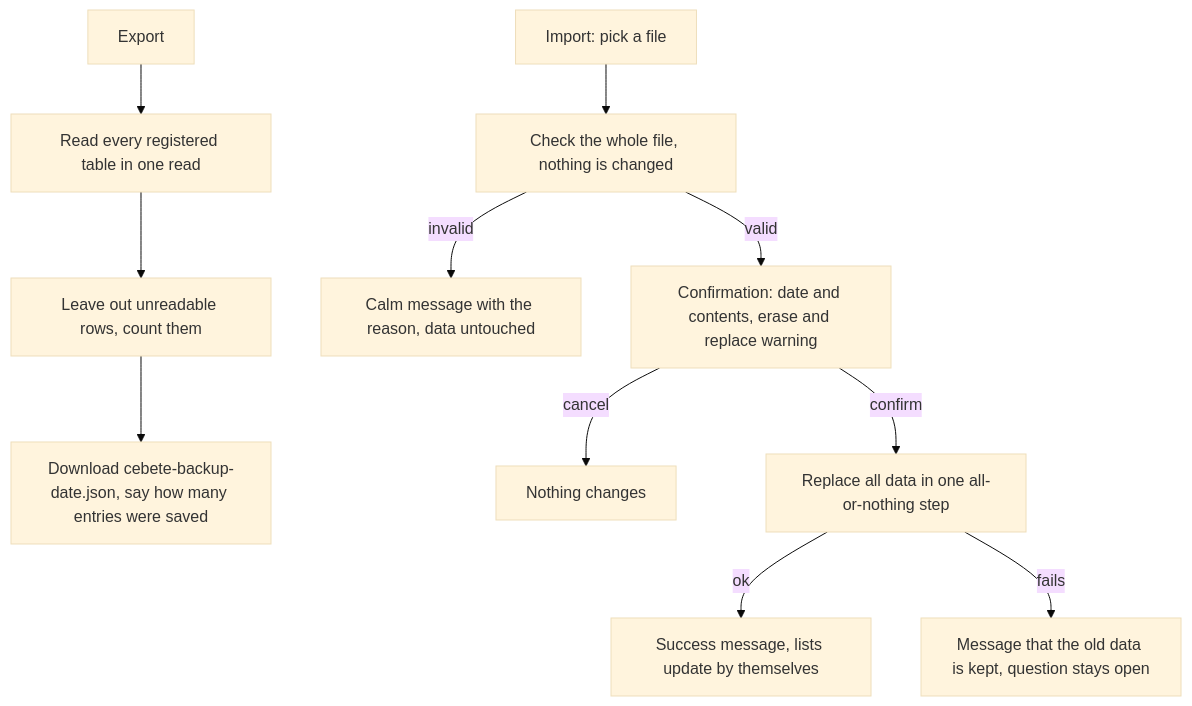
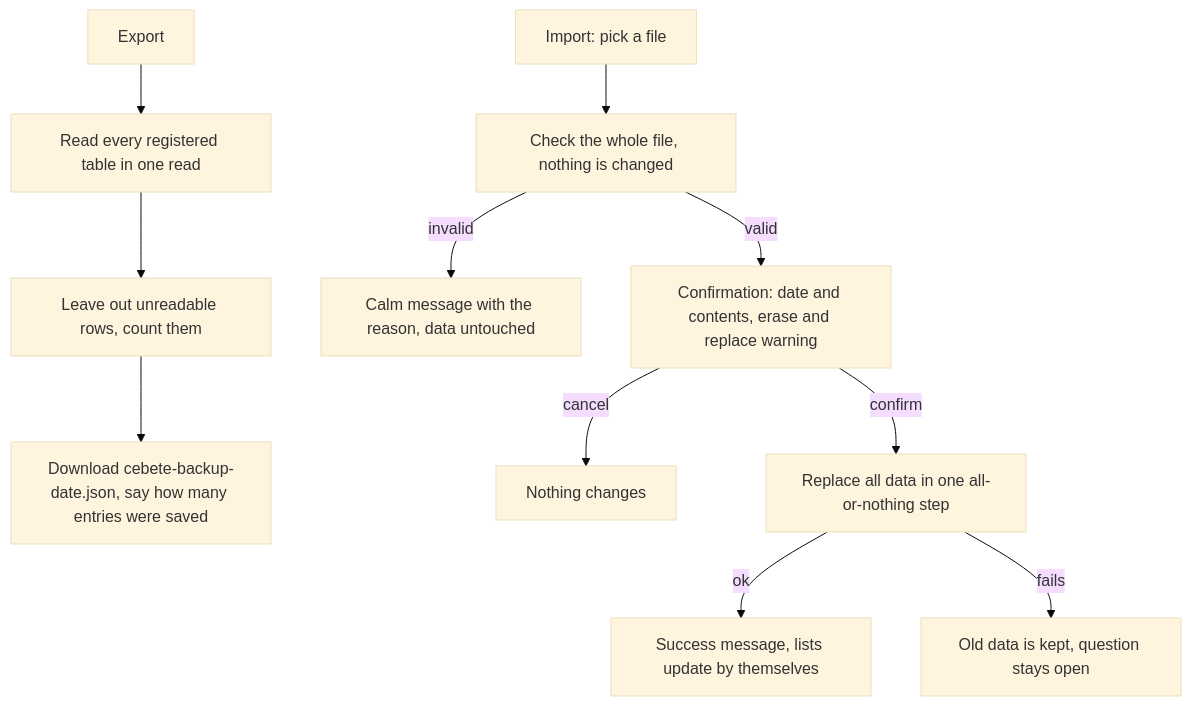
Before and after one commit to joshualauw/cebete: the diagram in docs/specs/backup/spec.md, drawn with Mermaid (base theme). The commit also changed other lines of this file and 10 other files, not shown here.

````diff
--- a/docs/specs/backup/spec.md
+++ b/docs/specs/backup/spec.md
@@ -7,13 +7,13 @@
 ```mermaid
 flowchart TD
     A[Export] --> B[Read every registered table in one read]
     B --> C[Leave out unreadable rows, count them]
     C --> D[Download cebete-backup-date.json, say how many entries were saved]
     E[Import: pick a file] --> F[Check the whole file, nothing is changed]
     F -- invalid --> G[Calm message with the reason, data untouched]
     F -- valid --> H[Confirmation: date and contents, erase and replace warning]
     H -- cancel --> I[Nothing changes]
     H -- confirm --> J[Replace all data in one all-or-nothing step]
     J -- ok --> K[Success message, lists update by themselves]
-    J -- fails --> L[Message that the old data is kept, question stays open]
+    J -- fails --> L[Old data is kept, question stays open]
 ```
````
